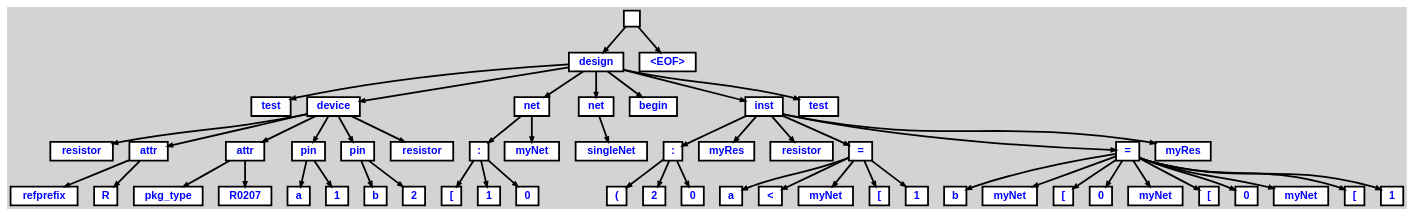
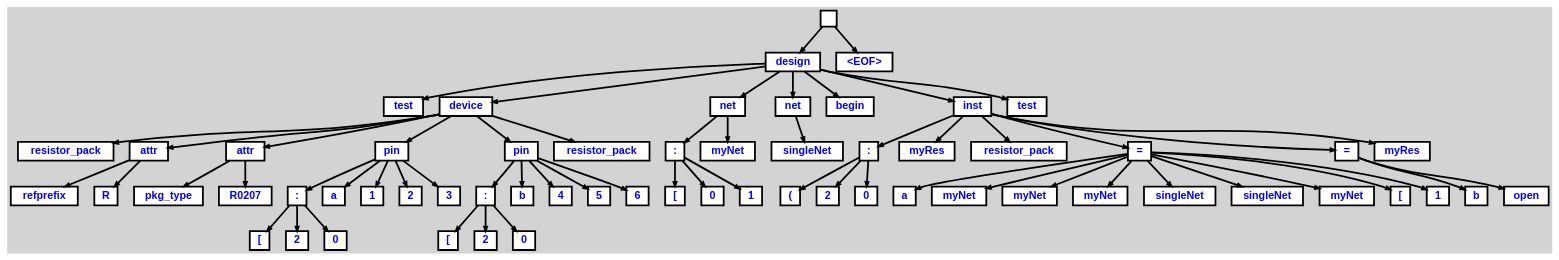
Before and after one commit to Augertron/PHDL.eclipse: the diagram in phdl/test_ast.dot, drawn with Graphviz. The commit also changed 8 other files, not shown here.

```diff
--- a/phdl/test_ast.dot
+++ b/phdl/test_ast.dot
@@ -1,131 +1,149 @@
 digraph {
 
 	ordering=out;
 	ranksep=.4;
 	bgcolor="lightgrey"; node [shape=box, fixedsize=false, fontsize=12, fontname="Helvetica-bold", fontcolor="blue"
 		width=.25, height=.25, color="black", fillcolor="white", style="filled, solid, bold"];
 	edge [arrowsize=.5, color="black", style="bold"]
 
   n0 [label=""];
   n1 [label="design"];
   n1 [label="design"];
   n2 [label="test"];
   n3 [label="device"];
   n3 [label="device"];
-  n4 [label="resistor"];
+  n4 [label="resistor_pack"];
   n5 [label="attr"];
   n5 [label="attr"];
   n6 [label="refprefix"];
   n7 [label="R"];
   n8 [label="attr"];
   n8 [label="attr"];
   n9 [label="pkg_type"];
   n10 [label="R0207"];
   n11 [label="pin"];
   n11 [label="pin"];
-  n12 [label="a"];
-  n13 [label="1"];
-  n14 [label="pin"];
-  n14 [label="pin"];
-  n15 [label="b"];
-  n16 [label="2"];
-  n17 [label="resistor"];
-  n18 [label="net"];
-  n18 [label="net"];
-  n19 [label=":"];
-  n19 [label=":"];
-  n20 [label="["];
-  n21 [label="1"];
-  n22 [label="0"];
-  n23 [label="myNet"];
-  n24 [label="net"];
-  n24 [label="net"];
-  n25 [label="singleNet"];
-  n26 [label="begin"];
-  n27 [label="inst"];
-  n27 [label="inst"];
-  n28 [label=":"];
-  n28 [label=":"];
-  n29 [label="("];
-  n30 [label="2"];
-  n31 [label="0"];
-  n32 [label="myRes"];
-  n33 [label="resistor"];
-  n34 [label="="];
-  n34 [label="="];
-  n35 [label="a"];
-  n36 [label="<"];
-  n37 [label="myNet"];
-  n38 [label="["];
-  n39 [label="1"];
-  n40 [label="="];
-  n40 [label="="];
-  n41 [label="b"];
-  n42 [label="myNet"];
-  n43 [label="["];
-  n44 [label="0"];
-  n45 [label="myNet"];
-  n46 [label="["];
-  n47 [label="0"];
+  n12 [label=":"];
+  n12 [label=":"];
+  n13 [label="["];
+  n14 [label="2"];
+  n15 [label="0"];
+  n16 [label="a"];
+  n17 [label="1"];
+  n18 [label="2"];
+  n19 [label="3"];
+  n20 [label="pin"];
+  n20 [label="pin"];
+  n21 [label=":"];
+  n21 [label=":"];
+  n22 [label="["];
+  n23 [label="2"];
+  n24 [label="0"];
+  n25 [label="b"];
+  n26 [label="4"];
+  n27 [label="5"];
+  n28 [label="6"];
+  n29 [label="resistor_pack"];
+  n30 [label="net"];
+  n30 [label="net"];
+  n31 [label=":"];
+  n31 [label=":"];
+  n32 [label="["];
+  n33 [label="0"];
+  n34 [label="1"];
+  n35 [label="myNet"];
+  n36 [label="net"];
+  n36 [label="net"];
+  n37 [label="singleNet"];
+  n38 [label="begin"];
+  n39 [label="inst"];
+  n39 [label="inst"];
+  n40 [label=":"];
+  n40 [label=":"];
+  n41 [label="("];
+  n42 [label="2"];
+  n43 [label="0"];
+  n44 [label="myRes"];
+  n45 [label="resistor_pack"];
+  n46 [label="="];
+  n46 [label="="];
+  n47 [label="a"];
   n48 [label="myNet"];
-  n49 [label="["];
-  n50 [label="1"];
-  n51 [label="myRes"];
-  n52 [label="test"];
-  n53 [label="<EOF>"];
+  n49 [label="myNet"];
+  n50 [label="myNet"];
+  n51 [label="singleNet"];
+  n52 [label="singleNet"];
+  n53 [label="myNet"];
+  n54 [label="["];
+  n55 [label="1"];
+  n56 [label="="];
+  n56 [label="="];
+  n57 [label="b"];
+  n58 [label="open"];
+  n59 [label="myRes"];
+  n60 [label="test"];
+  n61 [label="<EOF>"];
 
   n0 -> n1 // "" -> "design"
   n1 -> n2 // "design" -> "test"
   n1 -> n3 // "design" -> "device"
-  n3 -> n4 // "device" -> "resistor"
+  n3 -> n4 // "device" -> "resistor_pack"
   n3 -> n5 // "device" -> "attr"
   n5 -> n6 // "attr" -> "refprefix"
   n5 -> n7 // "attr" -> "R"
   n3 -> n8 // "device" -> "attr"
   n8 -> n9 // "attr" -> "pkg_type"
   n8 -> n10 // "attr" -> "R0207"
   n3 -> n11 // "device" -> "pin"
-  n11 -> n12 // "pin" -> "a"
-  n11 -> n13 // "pin" -> "1"
-  n3 -> n14 // "device" -> "pin"
-  n14 -> n15 // "pin" -> "b"
-  n14 -> n16 // "pin" -> "2"
-  n3 -> n17 // "device" -> "resistor"
-  n1 -> n18 // "design" -> "net"
-  n18 -> n19 // "net" -> ":"
-  n19 -> n20 // ":" -> "["
-  n19 -> n21 // ":" -> "1"
-  n19 -> n22 // ":" -> "0"
-  n18 -> n23 // "net" -> "myNet"
-  n1 -> n24 // "design" -> "net"
-  n24 -> n25 // "net" -> "singleNet"
-  n1 -> n26 // "design" -> "begin"
-  n1 -> n27 // "design" -> "inst"
-  n27 -> n28 // "inst" -> ":"
-  n28 -> n29 // ":" -> "("
-  n28 -> n30 // ":" -> "2"
-  n28 -> n31 // ":" -> "0"
-  n27 -> n32 // "inst" -> "myRes"
-  n27 -> n33 // "inst" -> "resistor"
-  n27 -> n34 // "inst" -> "="
-  n34 -> n35 // "=" -> "a"
-  n34 -> n36 // "=" -> "<"
-  n34 -> n37 // "=" -> "myNet"
-  n34 -> n38 // "=" -> "["
-  n34 -> n39 // "=" -> "1"
-  n27 -> n40 // "inst" -> "="
-  n40 -> n41 // "=" -> "b"
-  n40 -> n42 // "=" -> "myNet"
-  n40 -> n43 // "=" -> "["
-  n40 -> n44 // "=" -> "0"
-  n40 -> n45 // "=" -> "myNet"
-  n40 -> n46 // "=" -> "["
-  n40 -> n47 // "=" -> "0"
-  n40 -> n48 // "=" -> "myNet"
-  n40 -> n49 // "=" -> "["
-  n40 -> n50 // "=" -> "1"
-  n27 -> n51 // "inst" -> "myRes"
-  n1 -> n52 // "design" -> "test"
-  n0 -> n53 // "" -> "<EOF>"
+  n11 -> n12 // "pin" -> ":"
+  n12 -> n13 // ":" -> "["
+  n12 -> n14 // ":" -> "2"
+  n12 -> n15 // ":" -> "0"
+  n11 -> n16 // "pin" -> "a"
+  n11 -> n17 // "pin" -> "1"
+  n11 -> n18 // "pin" -> "2"
+  n11 -> n19 // "pin" -> "3"
+  n3 -> n20 // "device" -> "pin"
+  n20 -> n21 // "pin" -> ":"
+  n21 -> n22 // ":" -> "["
+  n21 -> n23 // ":" -> "2"
+  n21 -> n24 // ":" -> "0"
+  n20 -> n25 // "pin" -> "b"
+  n20 -> n26 // "pin" -> "4"
+  n20 -> n27 // "pin" -> "5"
+  n20 -> n28 // "pin" -> "6"
+  n3 -> n29 // "device" -> "resistor_pack"
+  n1 -> n30 // "design" -> "net"
+  n30 -> n31 // "net" -> ":"
+  n31 -> n32 // ":" -> "["
+  n31 -> n33 // ":" -> "0"
+  n31 -> n34 // ":" -> "1"
+  n30 -> n35 // "net" -> "myNet"
+  n1 -> n36 // "design" -> "net"
+  n36 -> n37 // "net" -> "singleNet"
+  n1 -> n38 // "design" -> "begin"
+  n1 -> n39 // "design" -> "inst"
+  n39 -> n40 // "inst" -> ":"
+  n40 -> n41 // ":" -> "("
+  n40 -> n42 // ":" -> "2"
+  n40 -> n43 // ":" -> "0"
+  n39 -> n44 // "inst" -> "myRes"
+  n39 -> n45 // "inst" -> "resistor_pack"
+  n39 -> n46 // "inst" -> "="
+  n46 -> n47 // "=" -> "a"
+  n46 -> n48 // "=" -> "myNet"
+  n46 -> n49 // "=" -> "myNet"
+  n46 -> n50 // "=" -> "myNet"
+  n46 -> n51 // "=" -> "singleNet"
+  n46 -> n52 // "=" -> "singleNet"
+  n46 -> n53 // "=" -> "myNet"
+  n46 -> n54 // "=" -> "["
+  n46 -> n55 // "=" -> "1"
+  n39 -> n56 // "inst" -> "="
+  n56 -> n57 // "=" -> "b"
+  n56 -> n58 // "=" -> "open"
+  n39 -> n59 // "inst" -> "myRes"
+  n1 -> n60 // "design" -> "test"
+  n0 -> n61 // "" -> "<EOF>"
 
 }
```
